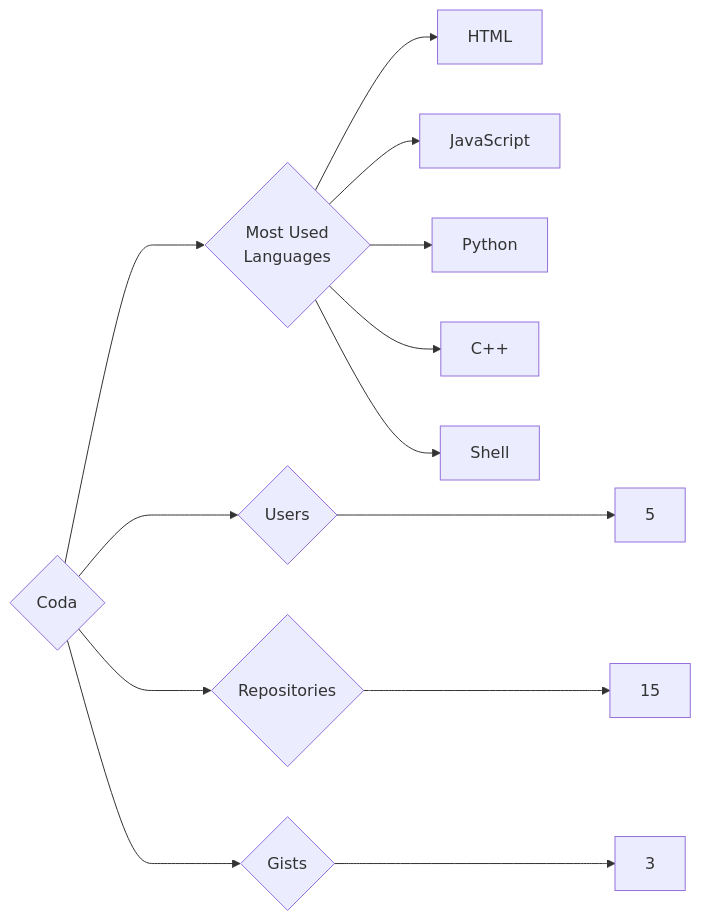
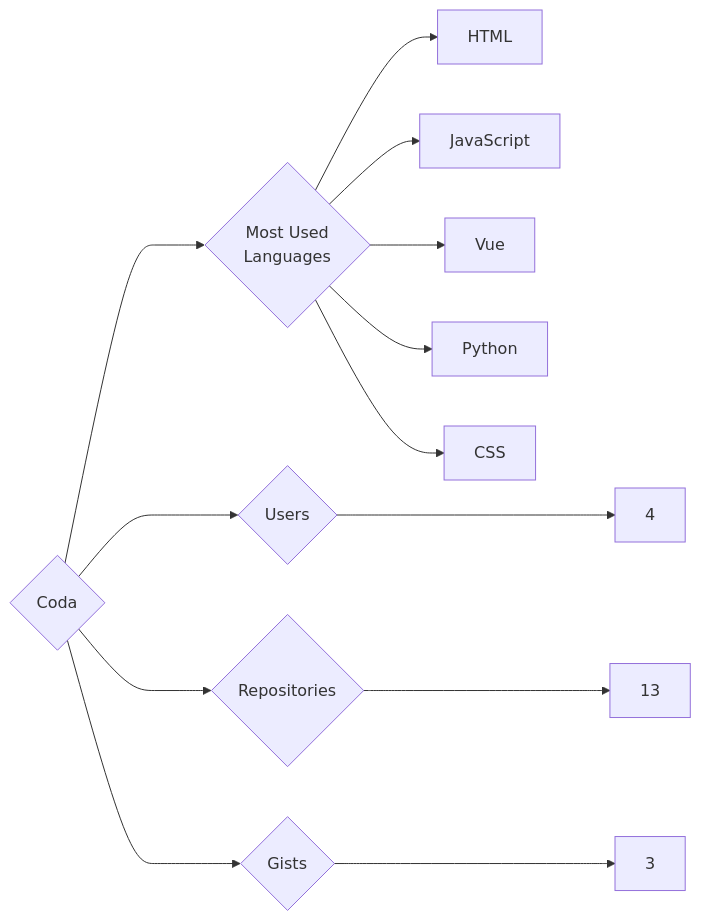
One commit to trickest/insiders changed the diagram in targets/Coda/README.md. Above: the diagram before and after it, drawn with Mermaid. The commit also changed 1007 other files, not shown here.

````diff
--- a/targets/Coda/README.md
+++ b/targets/Coda/README.md
@@ -3,13 +3,13 @@
 ```mermaid
 graph LR
 COMPANY_NAME{Coda}
-COMPANY_NAME ---> U{Users} ---> UN[5]
-COMPANY_NAME ---> R{Repositories} ---> RN[15]
+COMPANY_NAME ---> U{Users} ---> UN[4]
+COMPANY_NAME ---> R{Repositories} ---> RN[13]
 COMPANY_NAME ---> G{Gists} ---> GN[3]
 COMPANY_NAME ---> ML{Most Used<br>Languages}
 ML --> HTML[HTML]
 ML --> JavaScript[JavaScript]
+ML --> Vue[Vue]
 ML --> Python[Python]
-ML --> C++[C++]
-ML --> Shell[Shell]
+ML --> CSS[CSS]
 ```
````
